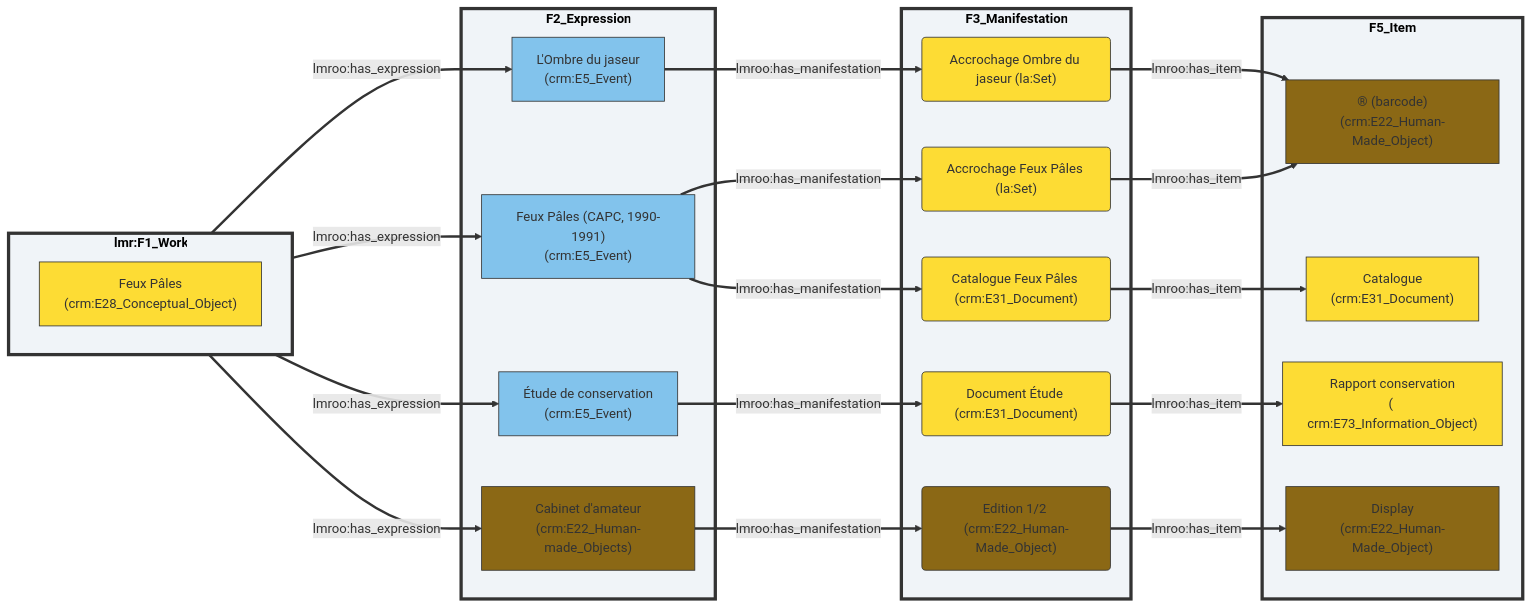
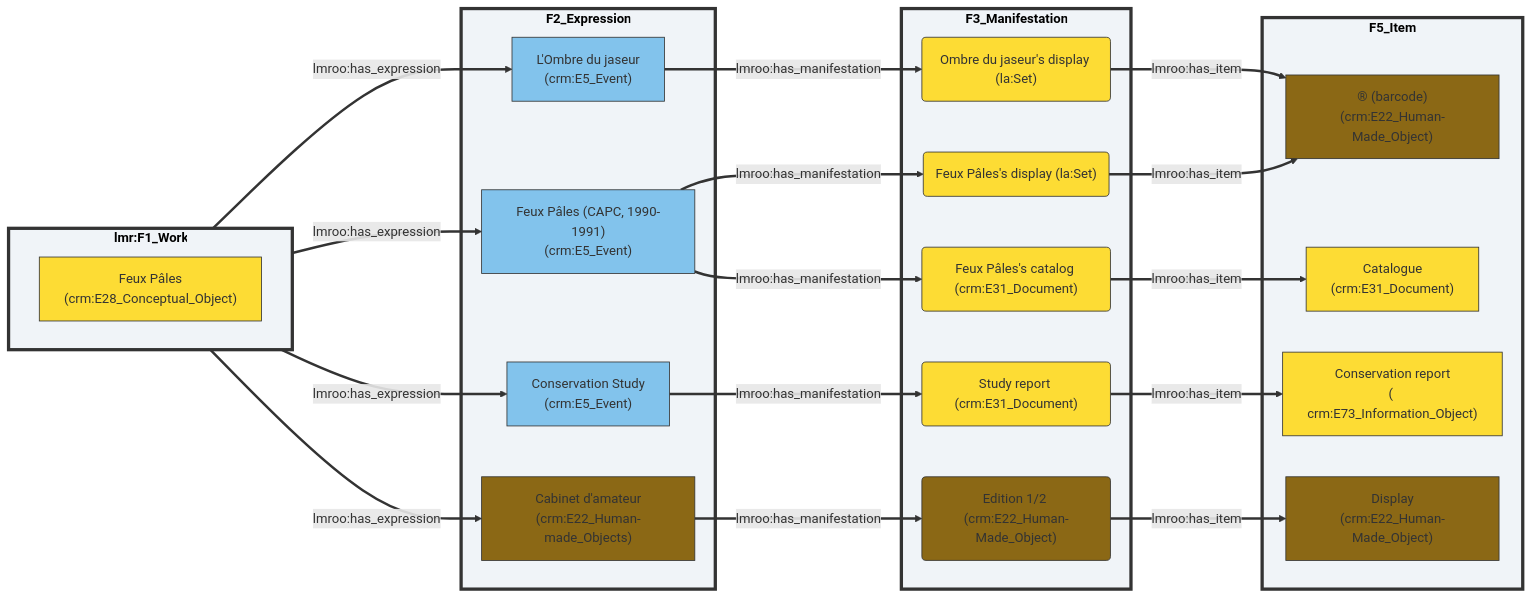
One commit to ZoeRenaudie/journal-phd changed the third of 6 diagrams in static/presentation/2026dh/2026-07-29-DH.md. Above: the diagram before and after it, drawn with Mermaid. The commit also changed other lines of this file and 2 other files, not shown here.

````diff
--- a/static/presentation/2026dh/2026-07-29-DH.md
+++ b/static/presentation/2026dh/2026-07-29-DH.md
@@ -295,63 +298,63 @@
 ```mermaid
 graph LR
     classDef work fill:#fddc34,stroke:#333;
     classDef expression fill:#82c3ec,stroke:#333;
     classDef expression_E22 fill:#8b6815,stroke:#333;    
     classDef manifestation_E22 fill:#8b6815,stroke:#333; 
     classDef manifestation fill:#fddc34,stroke:#333;     
     classDef item_E22 fill:#8b6815,stroke:#333;
     classDef item fill:#fddc34,stroke:#333;
     classDef document fill:#e0f7fa,stroke:#333;
     classDef subgraphStyle fill:#f9f9f9,stroke:#333,stroke-width:3px,color:#333,font-weight:bold;
 
     subgraph W ["lmr:F1_Work"]
         direction LR
         feuxPales["Feux Pâles\n(crm:E28_Conceptual_Object)"]:::work
     end
 
     subgraph E ["F2_Expression"]
         expr1["Feux Pâles (CAPC, 1990-1991)\n(crm:E5_Event)"]:::expression
         expr2["L'Ombre du jaseur\n(crm:E5_Event)"]:::expression
         expr3["Cabinet d'amateur\n(crm:E22_Human-made_Objects)"]:::expression_E22
-        expr4["Étude de conservation\n(crm:E5_Event)"]:::expression
+        expr4["Conservation Study\n(crm:E5_Event)"]:::expression
     end
 
     subgraph M ["F3_Manifestation"]
-        manif1("Accrochage Feux Pâles (la:Set)"):::manifestation
-        manif2("Catalogue Feux Pâles (crm:E31_Document)"):::manifestation
-        manif3("Accrochage Ombre du jaseur (la:Set)"):::manifestation
-        manif5("Document Étude (crm:E31_Document)"):::manifestation
+        manif1("Feux Pâles's display (la:Set)"):::manifestation
+        manif2("Feux Pâles's catalog (crm:E31_Document)"):::manifestation
+        manif3("Ombre du jaseur's display (la:Set)"):::manifestation
+        manif5("Study report (crm:E31_Document)"):::manifestation
         manif6("Edition 1/2 (crm:E22_Human-Made_Object)"):::manifestation_E22
     end
 
     subgraph I ["F5_Item"]
         item1["® (barcode)\n(crm:E22_Human-Made_Object)"]:::item_E22
         item5["Catalogue\n(crm:E31_Document)"]:::item
-        item6["Rapport conservation\n( crm:E73_Information_Object)"]:::item
+        item6["Conservation report\n( crm:E73_Information_Object)"]:::item
         item7["Display\n(crm:E22_Human-Made_Object)"]:::item_E22
     end
 
     style W fill:#f0f4f8,stroke:#333,stroke-width:4px,color:#000,font-weight:bold
     style E fill:#f0f4f8,stroke:#333,stroke-width:4px,color:#000,font-weight:bold
     style M fill:#f0f4f8,stroke:#333,stroke-width:4px,color:#000,font-weight:bold
     style I fill:#f0f4f8,stroke:#333,stroke-width:4px,color:#000,font-weight:bold
 
     feuxPales -->|lmroo:has_expression| expr1
     feuxPales -->|lmroo:has_expression| expr2
     feuxPales -->|lmroo:has_expression| expr3
     feuxPales -->|lmroo:has_expression| expr4
 
     expr1 -->|lmroo:has_manifestation| manif1
     expr1 -->|lmroo:has_manifestation| manif2
     expr2 -->|lmroo:has_manifestation| manif3
     expr4 -->|lmroo:has_manifestation| manif5
     expr3 -->|lmroo:has_manifestation| manif6
 
     manif1 -->|lmroo:has_item| item1
     manif2 -->|lmroo:has_item| item5
     manif3 -->|lmroo:has_item| item1
     manif5 -->|lmroo:has_item| item6
     manif6 -->|lmroo:has_item| item7    
 
     linkStyle default stroke-width:3px;
 ```
````
